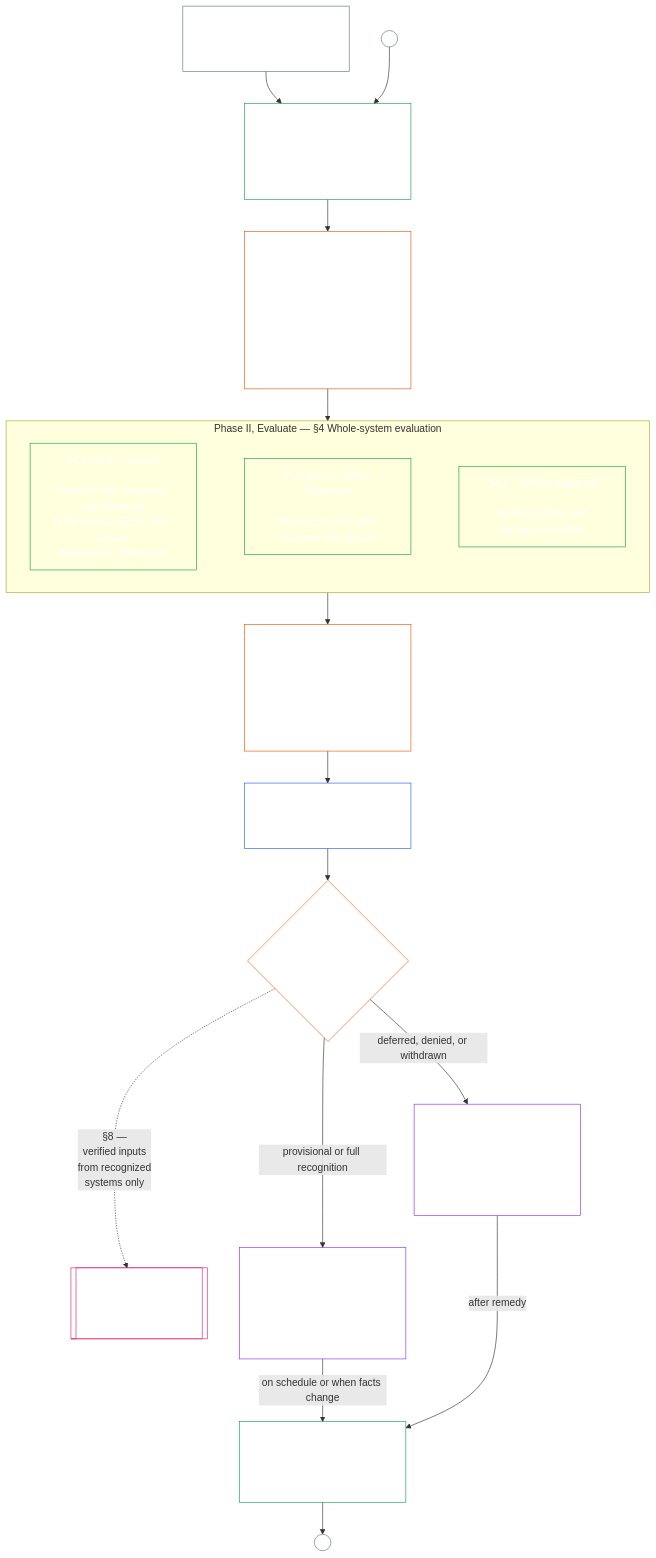
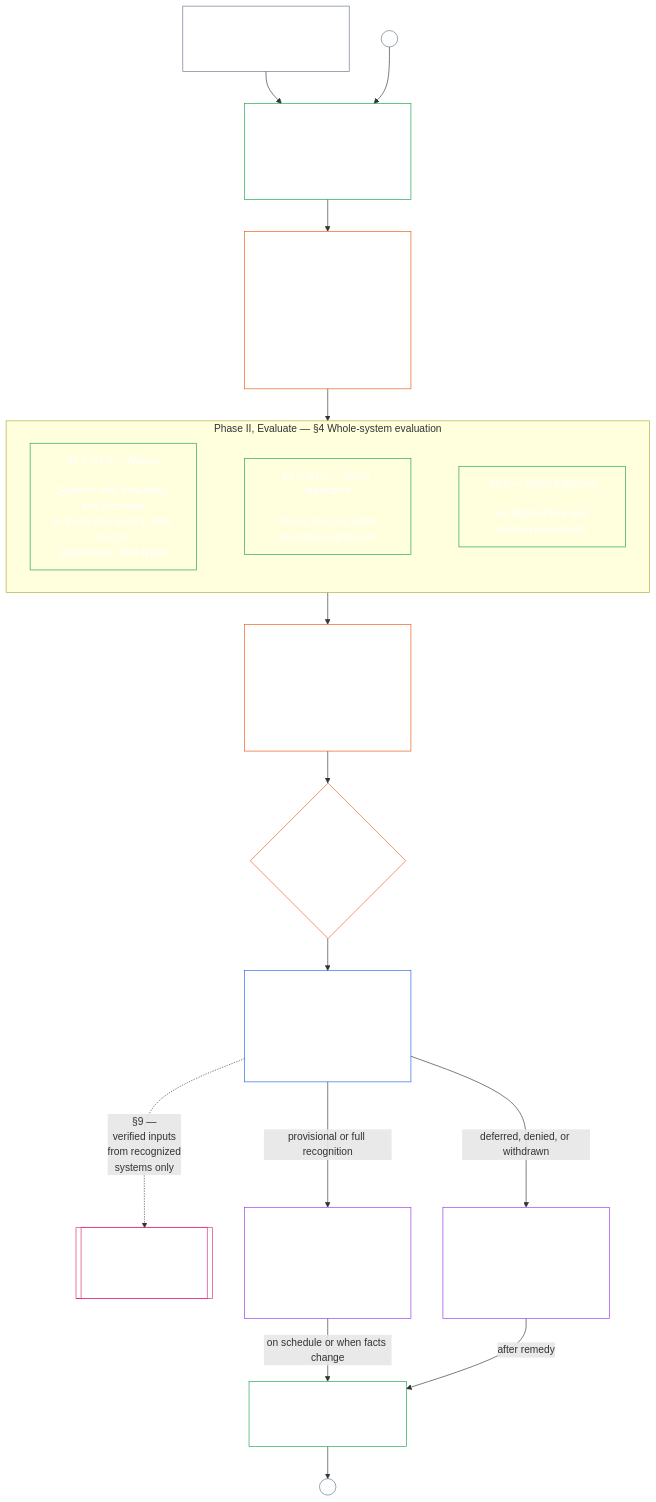
Before and after one commit to kfoelsch/Sentient_Constitution: the diagram in core_08_a_system_alignment_certification_evaluation.md, drawn with Mermaid. The commit also changed other lines of this file and 90 other files, not shown here.

First line of the commit message:
restructure(ch08): move Record after Decide; add Phase VI Operate

````diff
--- a/core_08_a_system_alignment_certification_evaluation.md
+++ b/core_08_a_system_alignment_certification_evaluation.md
@@ -69,51 +69,49 @@
 ```mermaid
 flowchart TB
     T["System with material impact seeks recognition,<br/>or reliance on it grows"]
     C["Phase I, Frame — §2<br/>Classify honestly<br/><br/>Class sets depth and re-check schedule"]
-    Ch["Phase I, Frame — §3<br/>Open the challenge path<br/><br/>As soon as the system has stakeholders, and<br/>named in the record before any sign-off;<br/>a credible challenge reopens review at §7.2"]
+    Ch["Phase I, Frame — §3<br/>Open the challenge path<br/><br/>As soon as the system has stakeholders, and<br/>named in the record before any sign-off;<br/>a credible challenge reopens review at §8"]
     subgraph W["Phase II, Evaluate — §4 Whole-system evaluation"]
         direction LR
         Al["§4.1–§4.4 — Always<br/><br/>Systemic risk: evaluated, and disclosed<br/>to those who need it; time horizon;<br/>governance; data types"]
         Im["§4.5–§4.7 — When implicated<br/><br/>Privacy loci, exit rights,<br/>assembly and dissent"]
         Tr["§4.8 — When triggered<br/><br/>Six Rights-Floor and domain evaluations"]
         Al ~~~ Im ~~~ Tr
     end
     F["Phase III, Review — §5<br/>Forum component findings<br/><br/>Roles, then supervisory sequence;<br/>the contestability chain runs alongside"]
-    Rec["Phase IV, Record — §6<br/>One System Certification Record"]
+    Rec["Phase V, Record — §7<br/>One System Certification Record<br/><br/>States the outcome and everything behind it"]
     S[["Chapter Nine — Standing<br/>records<br/><br/>Outside this chapter"]]
-    O{"Phase V, Decide — §7.1<br/>Outcome"}
+    O{"Phase IV, Decide — §6<br/>Outcome"}
     U["Reliance within stated limits<br/><br/>Provisional: shorter recertification clock<br/>Full: longer clock, earned only by clean recertification"]
     X["Remedy the defects<br/><br/>Response runs on the Chapter Twelve tier clocks<br/>Next recognition is provisional"]
-    Re["Phase V, Keep current — §7.2<br/>Recertification, reopening,<br/>or fresh review"]
+    Re["Phase VI, Operate — §8<br/>Recertification, reopening,<br/>or fresh review"]
     T --> C
     A1((A)) --> C
     C --> Ch
     Ch --> W
     W --> F
-    F --> Rec
-    Rec --> O
-    O -..->|§8 —<br/>verified inputs<br/>from recognized<br/>systems only| S
-    O -->|provisional or full recognition| U
-    O -->|deferred, denied, or withdrawn| X
+    F --> O
+    O --> Rec
+    Rec -..->|§9 —<br/>verified inputs<br/>from recognized<br/>systems only| S
+    Rec -->|provisional or full recognition| U
+    Rec -->|deferred, denied, or withdrawn| X
     S ~~~ Re
-    Rec ~~~ S
-    Rec ~~~ X
     U -->|on schedule or when facts change| Re
     X -->|after remedy| Re
     Re --> A2((A))
     style T fill:none,stroke:#64748b,color:#ffffff
     style C fill:none,stroke:#16a34a,color:#ffffff
     style Ch fill:none,stroke:#ea580c,color:#ffffff
     style Al fill:none,stroke:#16a34a,color:#ffffff
     style Im fill:none,stroke:#16a34a,color:#ffffff
     style Tr fill:none,stroke:#16a34a,color:#ffffff
     style F fill:none,stroke:#ea580c,color:#ffffff
     style Rec fill:none,stroke:#2563eb,color:#ffffff
     style S fill:none,stroke:#db2777,color:#ffffff
     style O fill:none,stroke:#ea580c,color:#ffffff
     style U fill:none,stroke:#9333ea,color:#ffffff
     style X fill:none,stroke:#9333ea,color:#ffffff
     style Re fill:none,stroke:#16a34a,color:#ffffff
     style A1 fill:none,stroke:#64748b,color:#ffffff
     style A2 fill:none,stroke:#64748b,color:#ffffff
 ```
````
